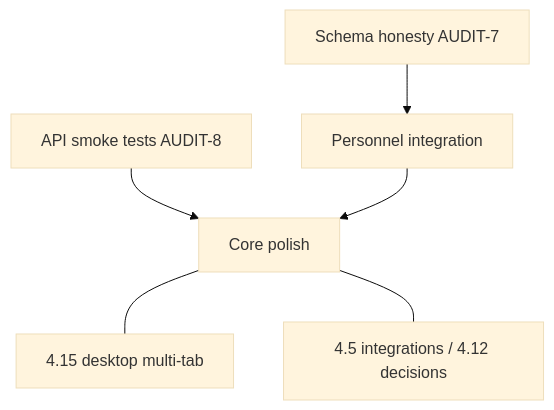
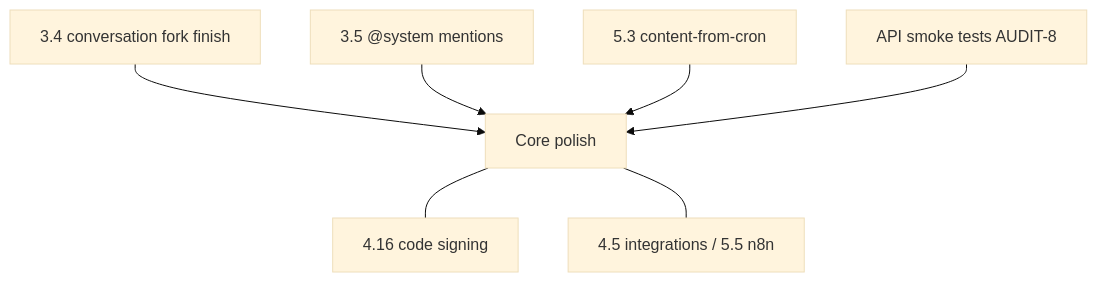
One commit to karmsheel/hermes-forge changed the second of 2 diagrams in docs/references/audit.md. Above: the diagram before and after it, drawn with Mermaid (base theme). The commit also changed other lines of this file and 12 other files, not shown here.

````diff
--- a/docs/references/audit.md
+++ b/docs/references/audit.md
@@ -186,8 +188,9 @@
 ```mermaid
 flowchart TD
-  P7["Schema honesty AUDIT-7"] --> P10["Personnel integration"]
-  P8["API smoke tests AUDIT-8"] --> Core["Core polish"]
-  P10 --> Core
-  Core --- C1["4.15 desktop multi-tab"]
-  Core --- C2["4.5 integrations / 4.12 decisions"]
+  P34["3.4 conversation fork finish"] --> Core["Core polish"]
+  P35["3.5 @system mentions"] --> Core
+  P53["5.3 content-from-cron"] --> Core
+  P8["API smoke tests AUDIT-8"] --> Core
+  Core --- C1["4.16 code signing"]
+  Core --- C2["4.5 integrations / 5.5 n8n"]
 ```
````
